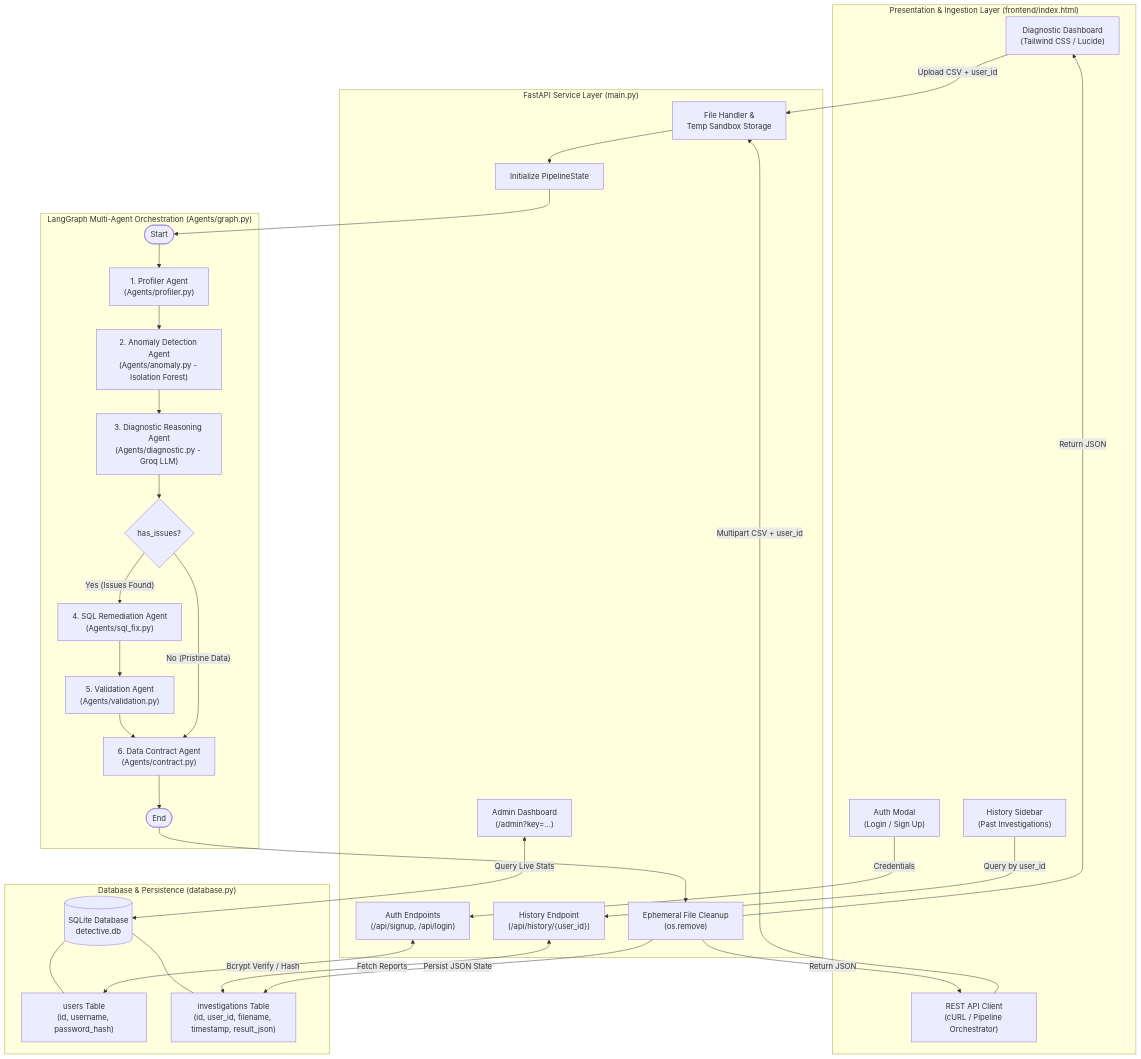
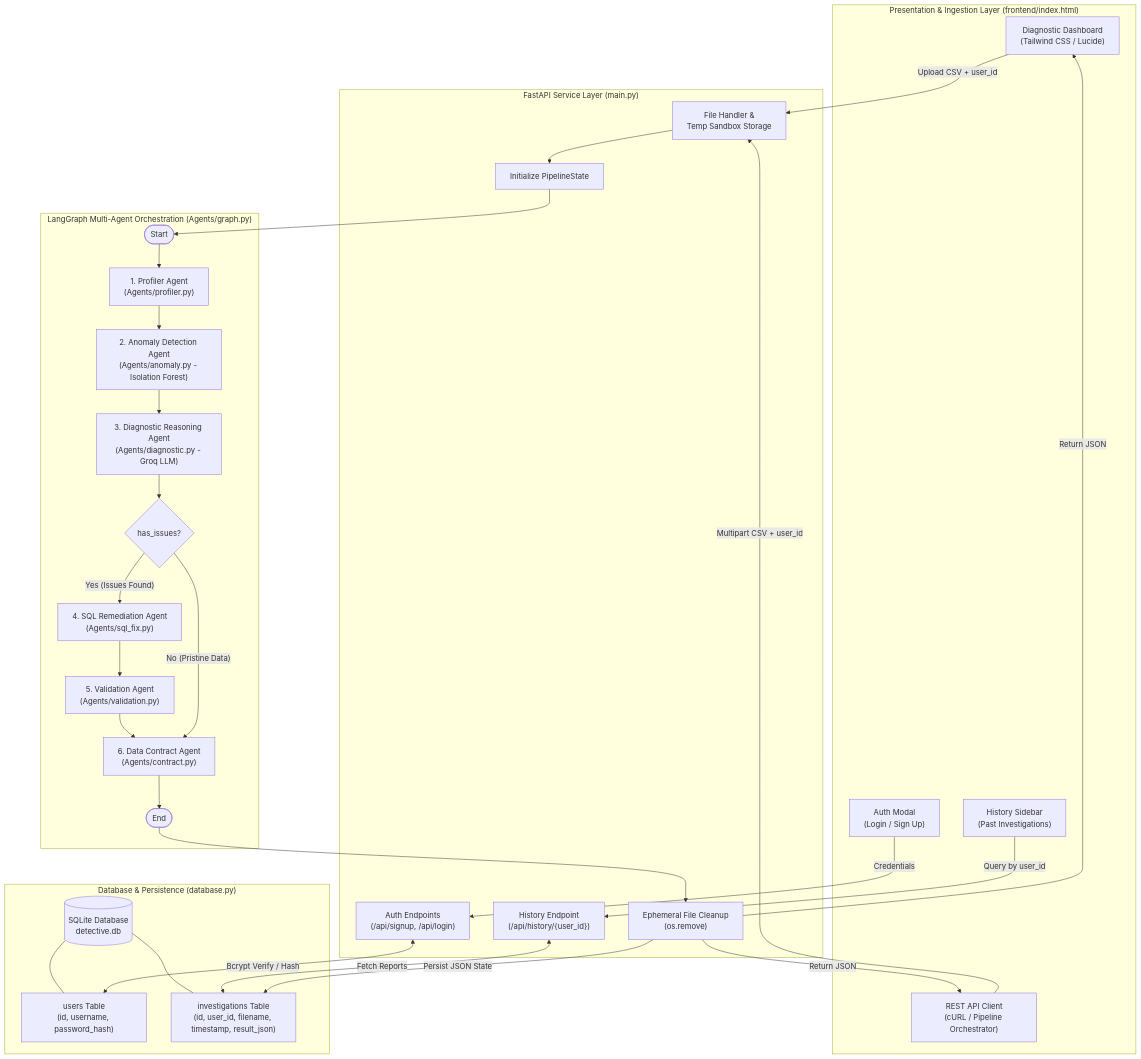
Before and after one commit to PJ-21-code/DataPipelineDetective: the first of 3 diagrams in README.md, drawn with Mermaid. The commit also changed other lines of this file, not shown here.

````diff
--- a/README.md
+++ b/README.md
@@ -102,57 +100,55 @@
 ```mermaid
 flowchart TD
     subgraph Client ["Presentation & Ingestion Layer (frontend/index.html)"]
         AUTH_UI["Auth Modal<br/>(Login / Sign Up)"]
         HIST_UI["History Sidebar<br/>(Past Investigations)"]
         DASH_UI["Diagnostic Dashboard<br/>(Tailwind CSS / Lucide)"]
         API_CALL["REST API Client<br/>(cURL / Pipeline Orchestrator)"]
     end
 
     subgraph Server ["FastAPI Service Layer (main.py)"]
         AUTH_EP["Auth Endpoints<br/>(/api/signup, /api/login)"]
         HIST_EP["History Endpoint<br/>(/api/history/{user_id})"]
         UPLOAD["File Handler &<br/>Temp Sandbox Storage"]
         STATE_INIT["Initialize PipelineState"]
         CLEANUP["Ephemeral File Cleanup<br/>(os.remove)"]
-        ADMIN_EP["Admin Dashboard<br/>(/admin?key=...)"]
     end
 
     subgraph DB ["Database & Persistence (database.py)"]
         SQLITE[("SQLite Database<br/>detective.db")]
         TBL_USERS["users Table<br/>(id, username, password_hash)"]
         TBL_INV["investigations Table<br/>(id, user_id, filename, timestamp, result_json)"]
         SQLITE --- TBL_USERS
         SQLITE --- TBL_INV
     end
 
     subgraph LangGraph ["LangGraph Multi-Agent Orchestration (Agents/graph.py)"]
         START_NODE(["Start"]) --> AG1["1. Profiler Agent<br/>(Agents/profiler.py)"]
         AG1 --> AG2["2. Anomaly Detection Agent<br/>(Agents/anomaly.py - Isolation Forest)"]
         AG2 --> AG3["3. Diagnostic Reasoning Agent<br/>(Agents/diagnostic.py - Groq LLM)"]
         
         AG3 --> DECISION{"has_issues?"}
         
         DECISION -->|"Yes (Issues Found)"| AG4["4. SQL Remediation Agent<br/>(Agents/sql_fix.py)"]
         AG4 --> AG5["5. Validation Agent<br/>(Agents/validation.py)"]
         AG5 --> AG6["6. Data Contract Agent<br/>(Agents/contract.py)"]
         
         DECISION -->|"No (Pristine Data)"| AG6
         
         AG6 --> END_NODE(["End"])
     end
 
     AUTH_UI -->|Credentials| AUTH_EP
     AUTH_EP <-->|Bcrypt Verify / Hash| TBL_USERS
     HIST_UI -->|Query by user_id| HIST_EP
     HIST_EP <-->|Fetch Reports| TBL_INV
 
     DASH_UI -->|Upload CSV + user_id| UPLOAD
     API_CALL -->|Multipart CSV + user_id| UPLOAD
     UPLOAD --> STATE_INIT
     STATE_INIT --> START_NODE
     END_NODE --> CLEANUP
     CLEANUP -->|Persist JSON State| TBL_INV
     CLEANUP -->|Return JSON| DASH_UI
     CLEANUP -->|Return JSON| API_CALL
-    ADMIN_EP <-->|Query Live Stats| SQLITE
 ```
````
